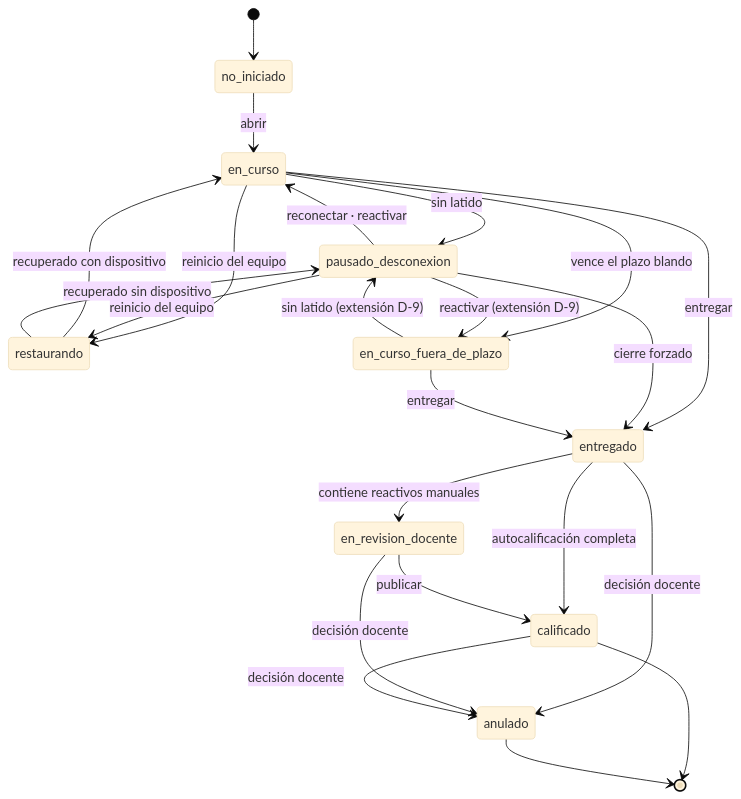
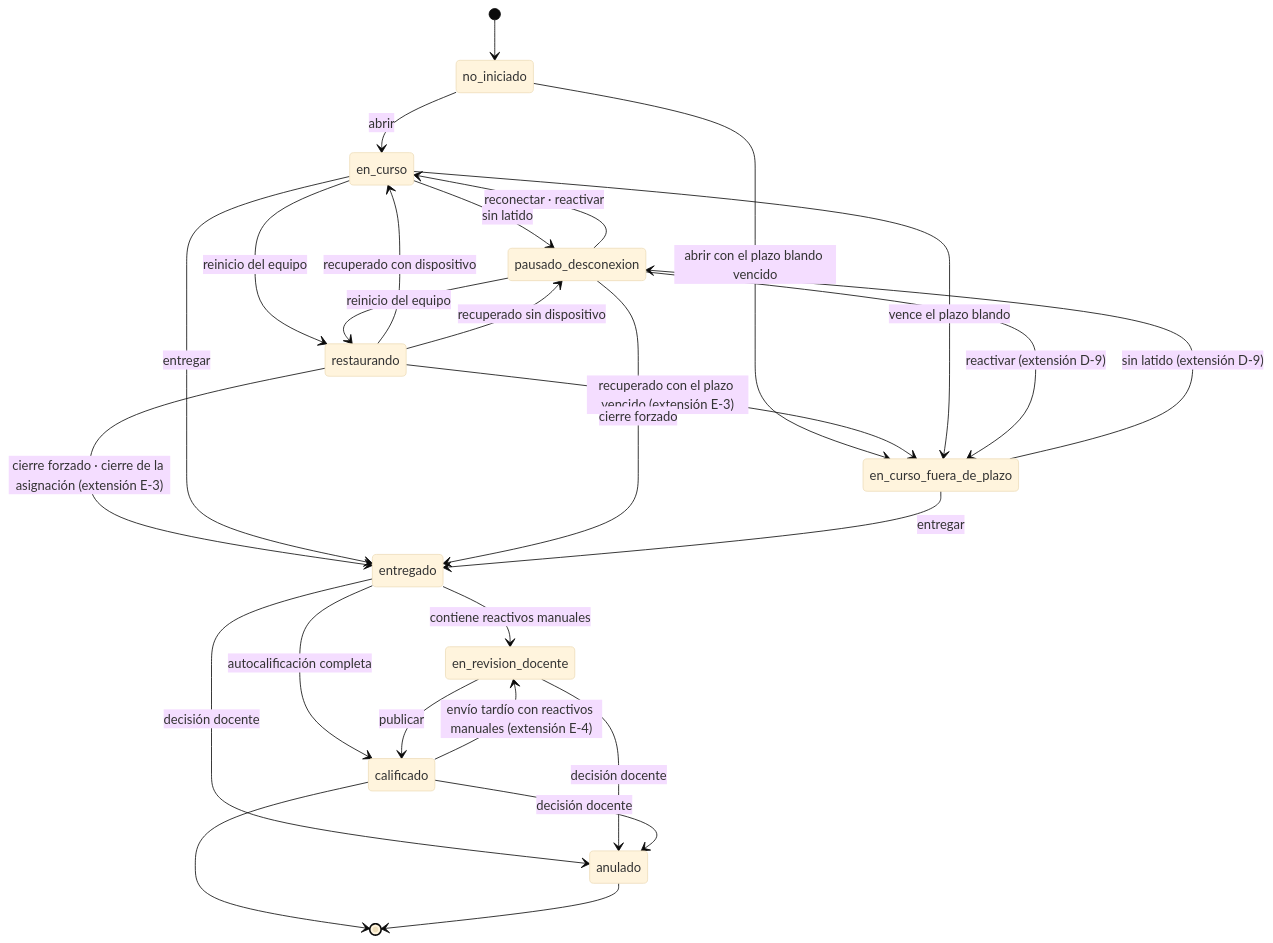
Before and after one commit to avacomdigital/LMS---Segunda-Version: the second of 2 diagrams in spec-driven/06-evaluation-delivery/modelado-datos.md, drawn with Mermaid (base theme). The commit also changed other lines of this file and 3 other files, not shown here.

````diff
--- a/spec-driven/06-evaluation-delivery/modelado-datos.md
+++ b/spec-driven/06-evaluation-delivery/modelado-datos.md
@@ -332,25 +339,29 @@
 ```mermaid
 stateDiagram-v2
     [*] --> no_iniciado
     no_iniciado --> en_curso: abrir
+    no_iniciado --> en_curso_fuera_de_plazo: abrir con el plazo blando vencido
     en_curso --> pausado_desconexion: sin latido
     pausado_desconexion --> en_curso: reconectar · reactivar
     en_curso --> restaurando: reinicio del equipo
     pausado_desconexion --> restaurando: reinicio del equipo
     restaurando --> en_curso: recuperado con dispositivo
     restaurando --> pausado_desconexion: recuperado sin dispositivo
+    restaurando --> en_curso_fuera_de_plazo: recuperado con el plazo vencido (extensión E-3)
+    restaurando --> entregado: cierre forzado · cierre de la asignación (extensión E-3)
     en_curso --> en_curso_fuera_de_plazo: vence el plazo blando
     en_curso --> entregado: entregar
     pausado_desconexion --> entregado: cierre forzado
     en_curso_fuera_de_plazo --> entregado: entregar
     en_curso_fuera_de_plazo --> pausado_desconexion: sin latido (extensión D-9)
     pausado_desconexion --> en_curso_fuera_de_plazo: reactivar (extensión D-9)
     entregado --> en_revision_docente: contiene reactivos manuales
     entregado --> calificado: autocalificación completa
     en_revision_docente --> calificado: publicar
     entregado --> anulado: decisión docente
     en_revision_docente --> anulado: decisión docente
     calificado --> anulado: decisión docente
+    calificado --> en_revision_docente: envío tardío con reactivos manuales (extensión E-4)
     calificado --> [*]
     anulado --> [*]
 ```
````
